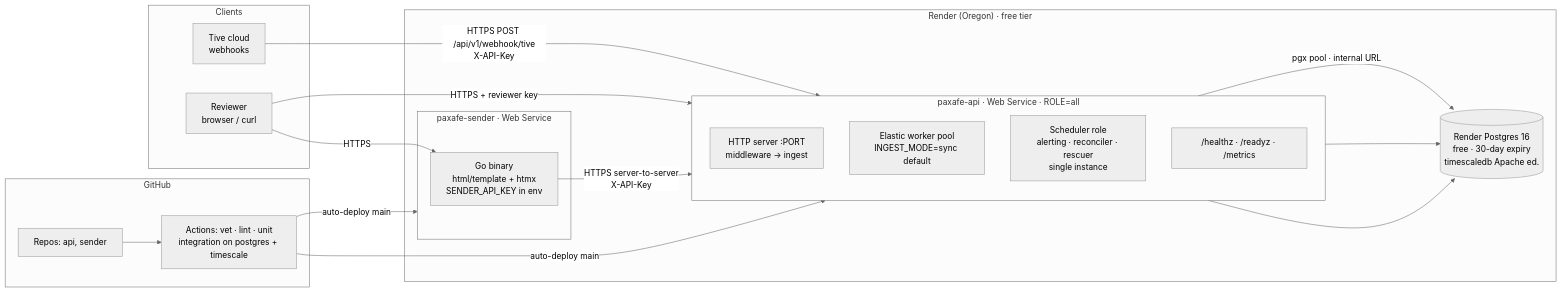
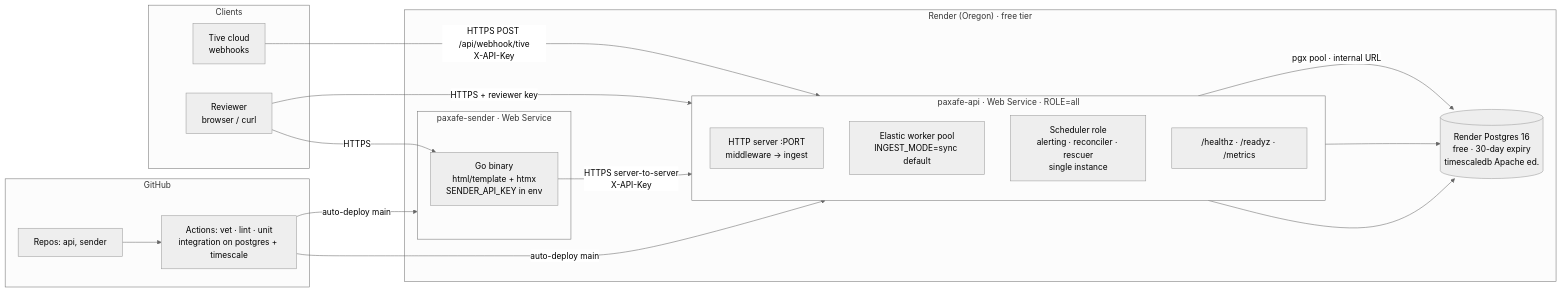
Before and after one commit to yuvasrig/paxefo-integration-api: the first of 2 diagrams in DESIGN.md, drawn with Mermaid (neutral theme). The commit also changed other lines of this file and 49 other files, not shown here.

First line of the commit message:
Tenant from the API key only; ignore EntryTimeUtc; status flagged iff any flag; build TEMP_EXCURSION; /api/webhook/tive primary

````diff
--- a/DESIGN.md
+++ b/DESIGN.md
@@ -609,37 +600,37 @@
 ```mermaid
 flowchart LR
   subgraph Clients
     TIVE[Tive cloud<br/>webhooks]
     REV[Reviewer<br/>browser / curl]
   end
 
   subgraph Render["Render (Oregon) · free tier"]
     subgraph SENDER["paxafe-sender · Web Service"]
       S[Go binary<br/>html/template + htmx<br/>SENDER_API_KEY in env]
     end
     subgraph API["paxafe-api · Web Service · ROLE=all"]
       direction TB
       H[HTTP server :PORT<br/>middleware → ingest]
       W[Elastic worker pool<br/>INGEST_MODE=sync default]
       B[Scheduler role<br/>alerting · reconciler · rescuer<br/>single instance]
       M["/healthz · /readyz · /metrics"]
     end
     DB[(Render Postgres 16<br/>free · 30-day expiry<br/>timescaledb Apache ed.)]
   end
 
   subgraph GH["GitHub"]
     REPO[Repos: api, sender]
     CI[Actions: vet · lint · unit<br/>integration on postgres + timescale]
   end
 
-  TIVE -- "HTTPS POST /api/v1/webhook/tive<br/>X-API-Key" --> H
+  TIVE -- "HTTPS POST /api/webhook/tive<br/>X-API-Key" --> H
   REV -- HTTPS --> S
   REV -- "HTTPS + reviewer key" --> H
   S -- "HTTPS server-to-server<br/>X-API-Key" --> H
   H -- "pgx pool · internal URL" --> DB
   W --> DB
   B --> DB
   REPO --> CI
   CI -- "auto-deploy main" --> API
   CI -- "auto-deploy main" --> SENDER
 ```
````
